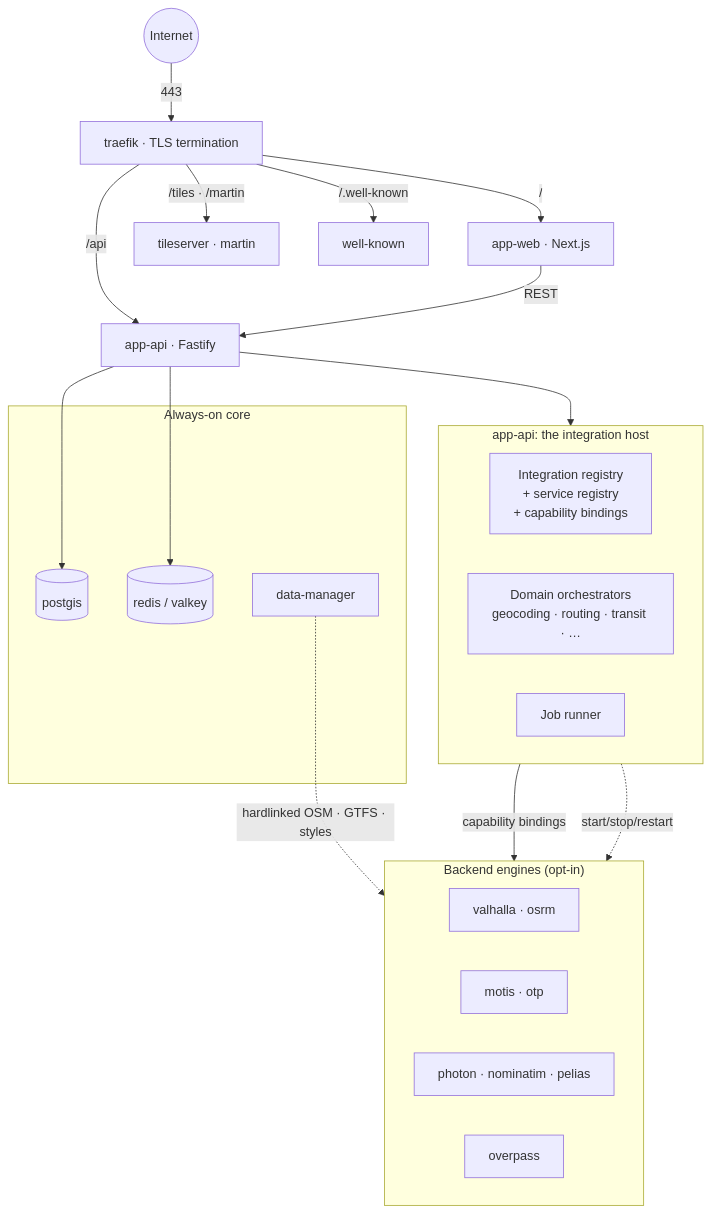
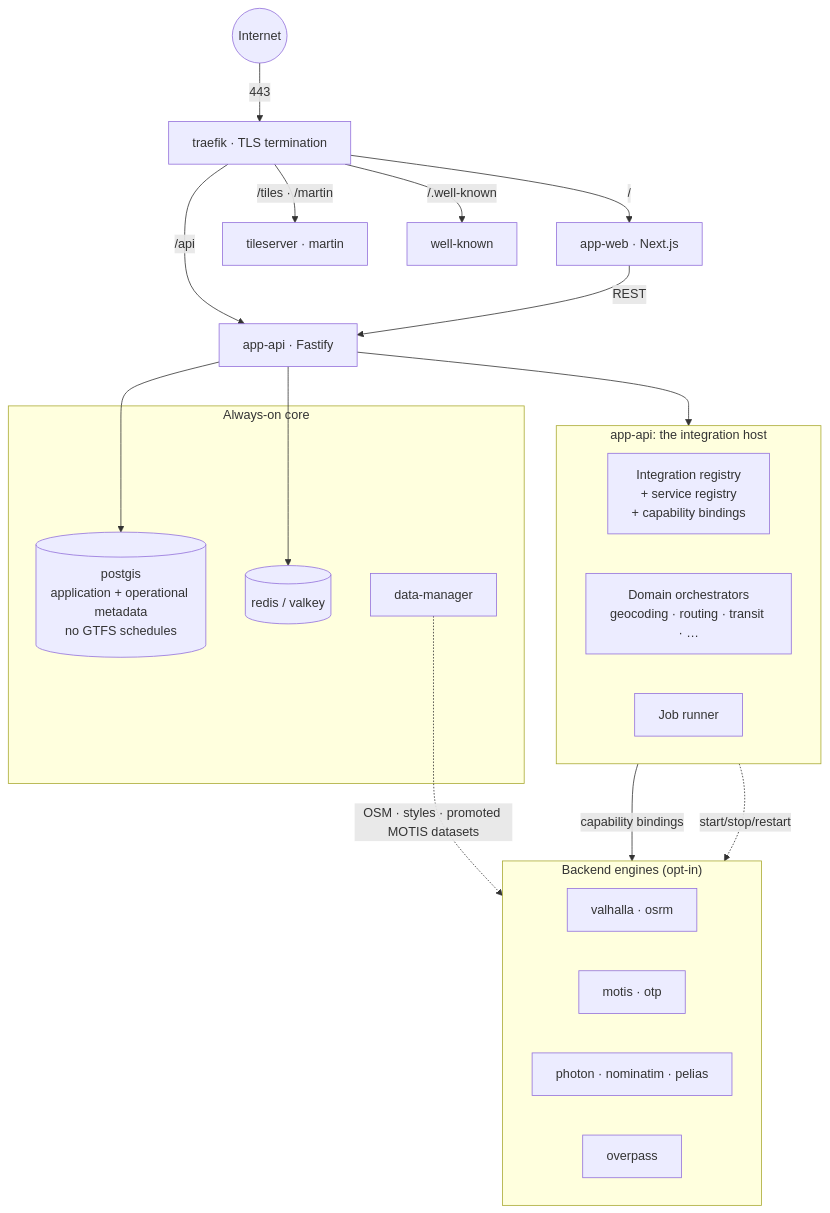
One commit to OpenMapX/openmapx changed the first of 4 diagrams in docs/docs/developer/architecture.md. Above: the diagram before and after it, drawn with Mermaid. The commit also changed other lines of this file and 13 other files, not shown here.

````diff
--- a/docs/docs/developer/architecture.md
+++ b/docs/docs/developer/architecture.md
@@ -91,39 +91,39 @@
 ```mermaid
 graph TD
     Internet((Internet)) -->|443| Traefik["traefik · TLS termination"]
 
     Traefik -->|/| Web["app-web · Next.js"]
     Traefik -->|/api| API["app-api · Fastify"]
     Traefik -->|/tiles · /martin| Tiles["tileserver · martin"]
     Traefik -->|/.well-known| WK["well-known"]
 
     Web -->|REST| API
 
     subgraph Host["app-api: the integration host"]
       direction LR
       IH["Integration registry<br/>+ service registry<br/>+ capability bindings"]
       Orc["Domain orchestrators<br/>geocoding · routing · transit · …"]
       Jobs["Job runner"]
     end
 
     API --> Host
 
     Orc -->|capability bindings| Engines
     subgraph Engines["Backend engines (opt-in)"]
       Routing["valhalla · osrm"]
       Transit["motis · otp"]
       Geocoding["photon · nominatim · pelias"]
       Queries["overpass"]
     end
 
     subgraph Infra["Always-on core"]
-      PG[("postgis")]
+      PG[("postgis<br/>application + operational metadata<br/>no GTFS schedules")]
       Cache[("redis / valkey")]
       DM["data-manager"]
     end
 
     API --> PG
     API --> Cache
     Jobs -.->|start/stop/restart| Engines
-    DM -.->|hardlinked OSM · GTFS · styles| Engines
+    DM -.->|OSM · styles · promoted MOTIS datasets| Engines
 ```
````
